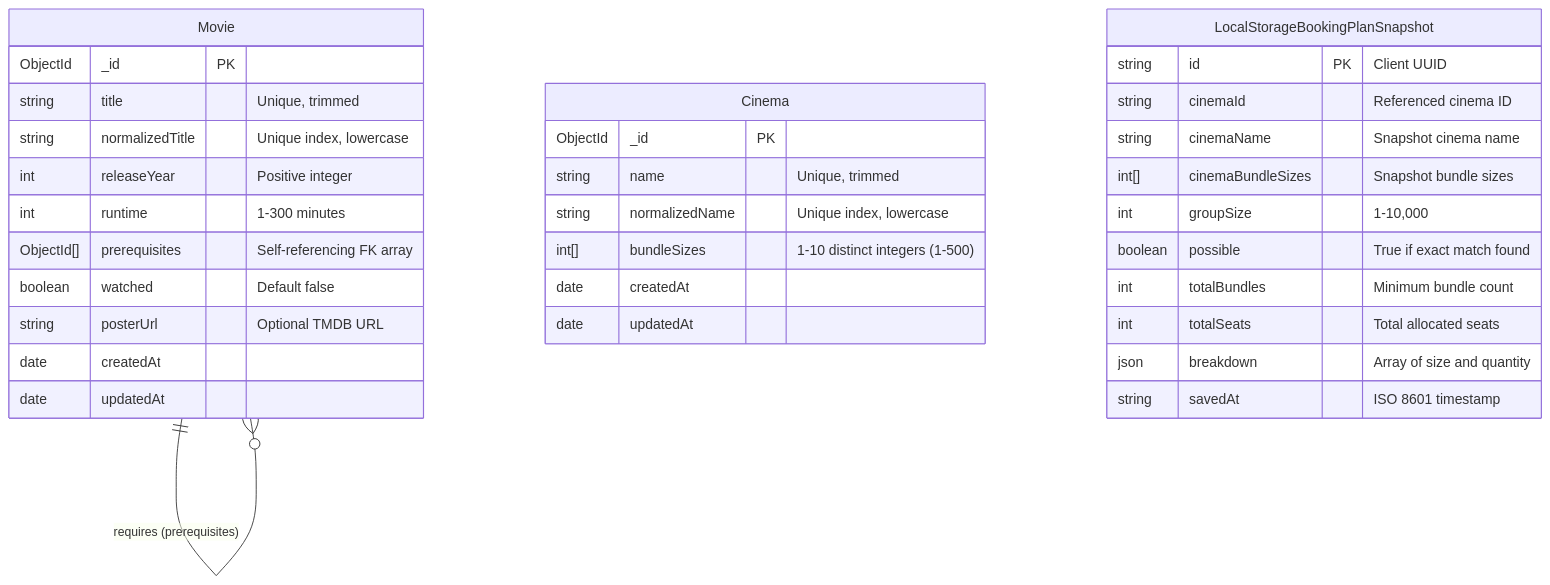
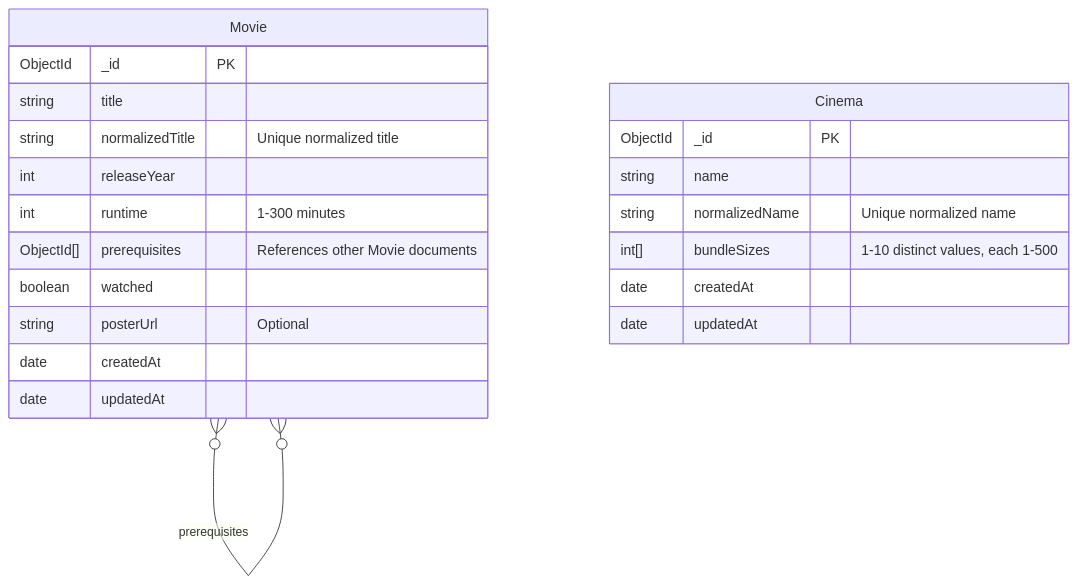
One commit to mostafarakib/doomsday-ready changed the diagram in README.md. Above: the diagram before and after it, drawn with Mermaid. The commit also changed other lines of this file, not shown here.

````diff
--- a/README.md
+++ b/README.md
@@ -137,39 +110,26 @@
 ```mermaid
 erDiagram
     Movie {
         ObjectId _id PK
-        string title "Unique, trimmed"
-        string normalizedTitle "Unique index, lowercase"
-        int releaseYear "Positive integer"
+        string title
+        string normalizedTitle "Unique normalized title"
+        int releaseYear
         int runtime "1-300 minutes"
-        ObjectId[] prerequisites "Self-referencing FK array"
-        boolean watched "Default false"
-        string posterUrl "Optional TMDB URL"
+        ObjectId[] prerequisites "References other Movie documents"
+        boolean watched
+        string posterUrl "Optional"
         date createdAt
         date updatedAt
     }
 
     Cinema {
         ObjectId _id PK
-        string name "Unique, trimmed"
-        string normalizedName "Unique index, lowercase"
-        int[] bundleSizes "1-10 distinct integers (1-500)"
+        string name
+        string normalizedName "Unique normalized name"
+        int[] bundleSizes "1-10 distinct values, each 1-500"
         date createdAt
         date updatedAt
     }
 
-    Movie ||--o{ Movie : "requires (prerequisites)"
-
-    LocalStorageBookingPlanSnapshot {
-        string id PK "Client UUID"
-        string cinemaId "Referenced cinema ID"
-        string cinemaName "Snapshot cinema name"
-        int[] cinemaBundleSizes "Snapshot bundle sizes"
-        int groupSize "1-10,000"
-        boolean possible "True if exact match found"
-        int totalBundles "Minimum bundle count"
-        int totalSeats "Total allocated seats"
-        json breakdown "Array of size and quantity"
-        string savedAt "ISO 8601 timestamp"
-    }
+    Movie }o--o{ Movie : "prerequisites"
 ```
````
